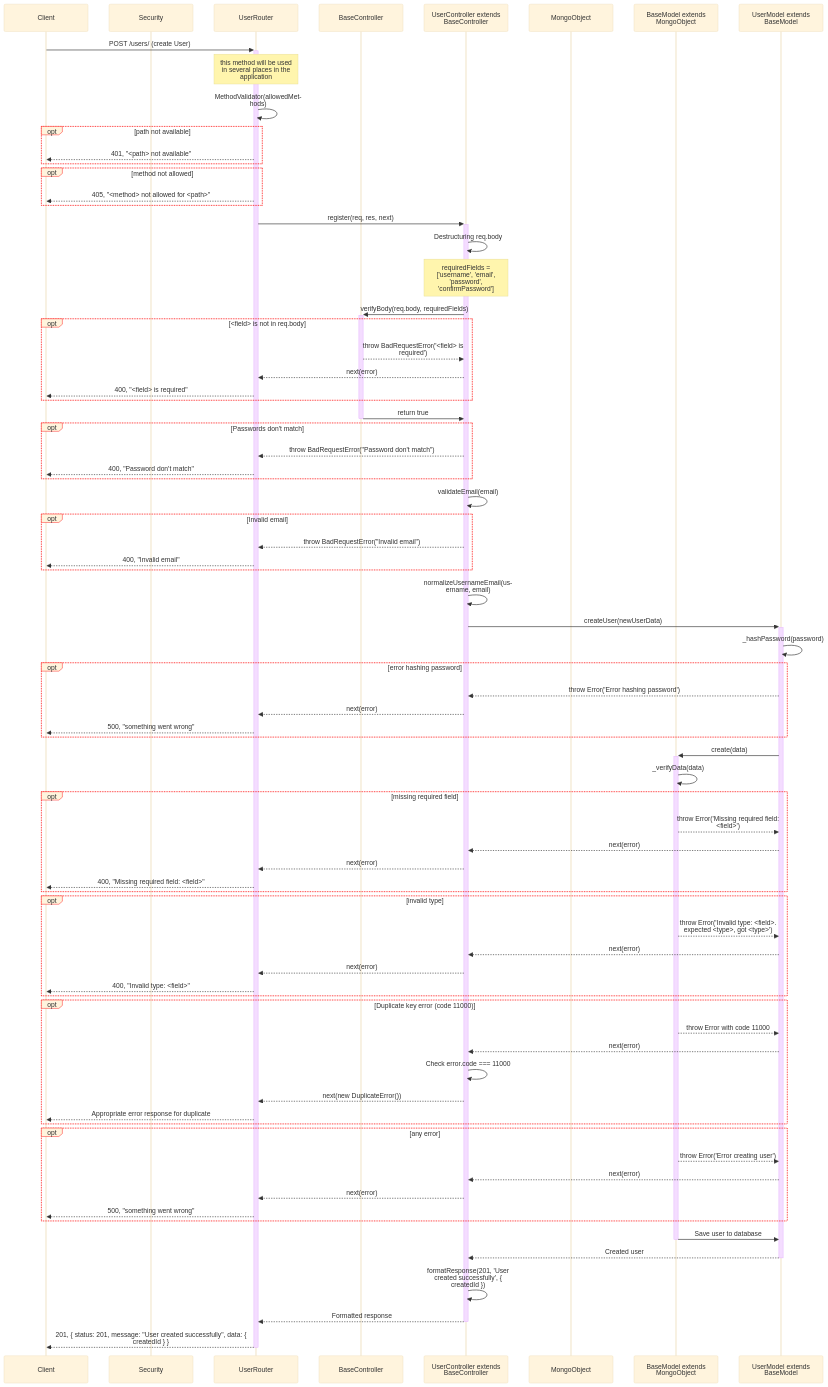
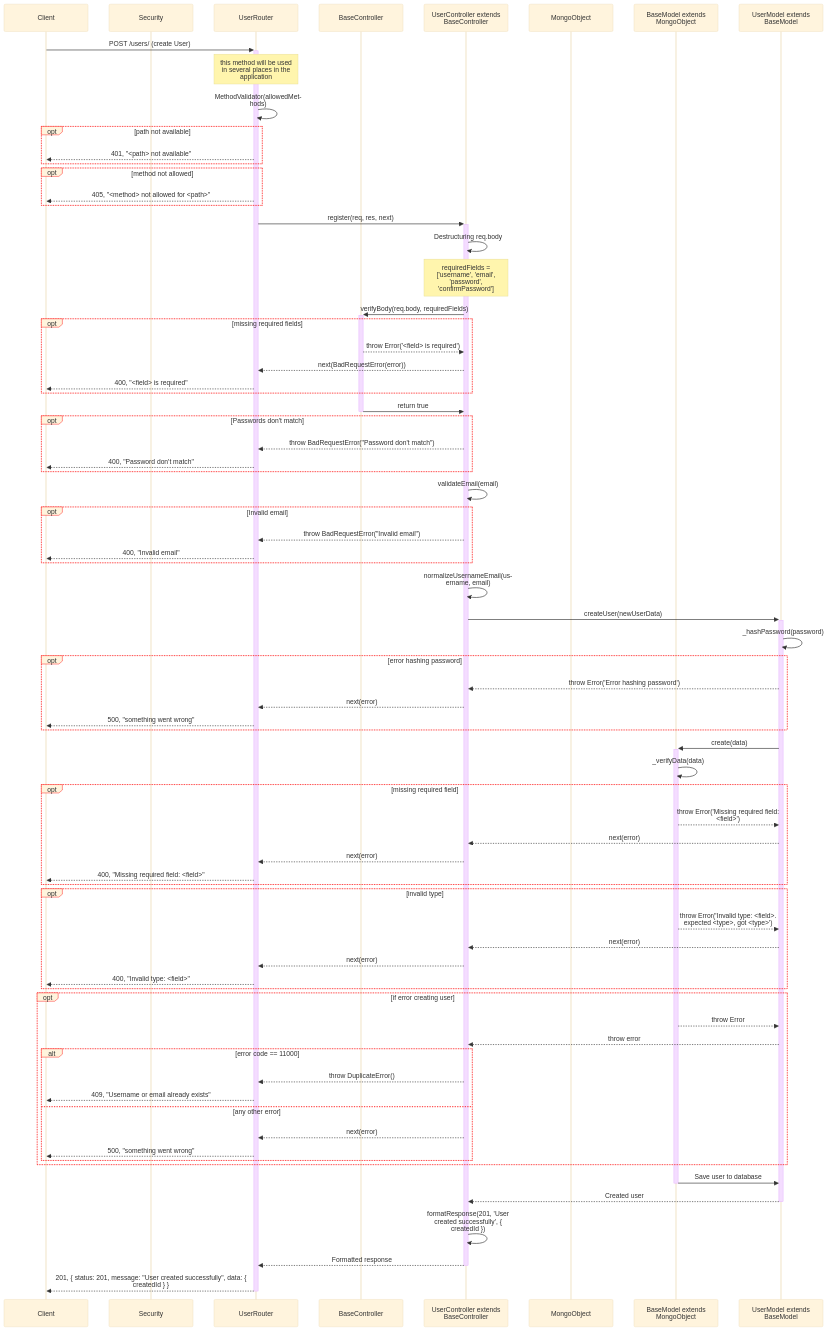
The diagram in design/newClassesDesign/UserManagement/create.mmd (SawatKia/WealthTracking), drawn with Mermaid before and after one commit.

Commit message:
modify error handling

```diff
--- a/design/newClassesDesign/UserManagement/create.mmd
+++ b/design/newClassesDesign/UserManagement/create.mmd
@@ -1,92 +1,90 @@
 %%{
     init: {
         "theme":"base",
         "themeVariables": {
             "fontFamily": "system-ui",
             'labelBoxBorderColor': '#ff0000'
         },
         "sequence": { 
             "wrap": true, 
             "width": 200 
         } 
     }
 }%%
 sequenceDiagram
     participant Client
     participant Sec as Security
     participant Router as UserRouter
     participant BaseCont as BaseController
     participant Cont as UserController extends BaseController
     participant MongoObject as MongoObject
     participant BaseModel as BaseModel extends MongoObject
     participant Model as UserModel extends BaseModel
 
     %% Create User
     Client->>+Router: POST /users/ (create User)
     Note over Router: this method will be used in several places in the application
     Router->>Router: MethodValidator(allowedMethods)
     opt path not available
         Router-->>Client: 401, "<path> not available"
     end
     opt method not allowed
         Router-->>Client: 405, "<method> not allowed for <path>"
     end
     Router->>+Cont: register(req, res, next)
     Cont->>Cont: Destructuring req.body
     Note over Cont: requiredFields = ['username', 'email', 'password', 'confirmPassword']
     Cont->>+BaseCont: verifyBody(req.body, requiredFields)
-    opt <field> is not in req.body
-        BaseCont-->>Cont: throw BadRequestError('<field> is required')
-        Cont-->>Router: next(error)
+    opt missing required fields
+        BaseCont-->>Cont: throw Error('<field> is required')
+        Cont-->>Router: next(BadRequestError(error))
         Router-->>Client: 400, "<field> is required"
     end
     BaseCont->>-Cont: return true
     opt Passwords don't match
         Cont-->>Router: throw BadRequestError("Password don't match")
         Router-->>Client: 400, "Password don't match"
     end
     Cont->>Cont: validateEmail(email)
     opt Invalid email
         Cont-->>Router: throw BadRequestError("Invalid email")
         Router-->>Client: 400, "Invalid email"
     end
     Cont->>Cont: normalizeUsernameEmail(username, email)
     Cont->>+Model: createUser(newUserData)
     Model->>Model: _hashPassword(password)
     opt error hashing password
         Model-->>Cont: throw Error('Error hashing password')
         Cont-->>Router: next(error)
         Router-->>Client: 500, "something went wrong"
     end
     Model->>+BaseModel: create(data)
     BaseModel->>BaseModel: _verifyData(data)
     opt missing required field
         BaseModel-->>Model: throw Error('Missing required field: <field>')
         Model-->>Cont: next(error)
         Cont-->>Router: next(error)
         Router-->>Client: 400, "Missing required field: <field>"
     end
     opt invalid type
         BaseModel-->>Model: throw Error('Invalid type: <field>. expected <type>, got <type>')
         Model-->>Cont: next(error)
         Cont-->>Router: next(error)
         Router-->>Client: 400, "Invalid type: <field>"
     end
-    opt Duplicate key error (code 11000)
-        BaseModel-->>Model: throw Error with code 11000
-        Model-->>Cont: next(error)
-        Cont->>Cont: Check error.code === 11000
-        Cont-->>Router: next(new DuplicateError())
-        Router-->>Client: Appropriate error response for duplicate
-    end
-    opt any error
-        BaseModel-->>Model: throw Error('Error creating user')
-        Model-->>Cont: next(error)
-        Cont-->>Router: next(error)
-        Router-->>Client: 500, "something went wrong" 
+    opt if error creating user
+        BaseModel-->>Model: throw Error
+        Model-->>Cont: throw error
+        alt error code == 11000
+            Cont-->>Router: throw DuplicateError()
+            Router-->>Client: 409, "Username or email already exists"
+        else any other error
+            Cont-->>Router: next(error)
+            Router-->>Client: 500, "something went wrong"
+        end
     end
     BaseModel->>-Model: Save user to database
     Model-->>-Cont: Created user
     Cont->>Cont: formatResponse(201, 'User created successfully', { createdId })
     Cont-->>-Router: Formatted response
     Router-->>-Client: 201, { status: 201, message: "User created successfully", data: { createdId } }
```
